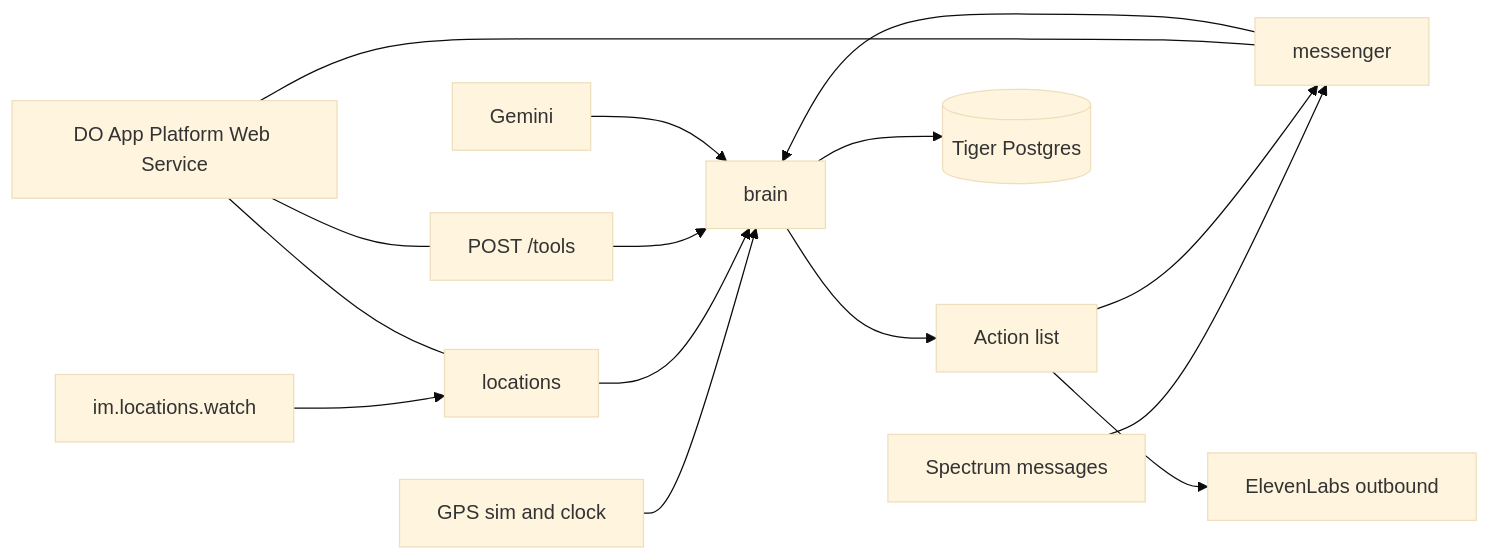
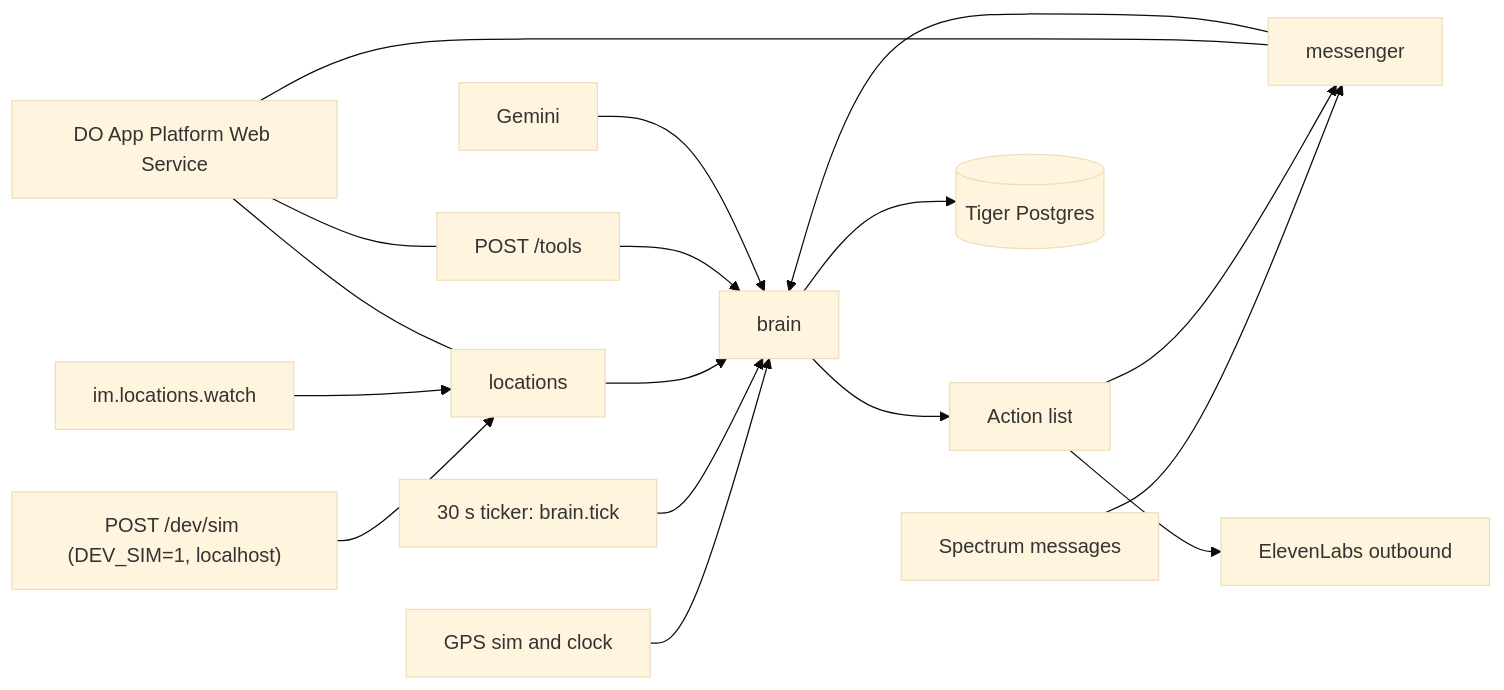
Before and after one commit to jcc-kh/nook: the first of 2 diagrams in CONTEXT.md, drawn with Mermaid (base theme). The commit also changed other lines of this file and 21 other files, not shown here.

````diff
--- a/CONTEXT.md
+++ b/CONTEXT.md
@@ -41,17 +43,19 @@
 ```mermaid
 flowchart LR
   sim[GPS sim and clock] --> brain
+  devSim["POST /dev/sim (DEV_SIM=1, localhost)"] --> locations
+  ticker["30 s ticker: brain.tick"] --> brain
   photonMsg[Spectrum messages] --> messenger
   findMy[im.locations.watch] --> locations
   messenger --> brain
   locations --> brain
   voiceTools[POST /tools] --> brain
   brain --> actions[Action list]
   actions --> messenger
   actions --> voice[ElevenLabs outbound]
   brain --> tiger[(Tiger Postgres)]
   llm[Gemini] --> brain
   doApp[DO App Platform Web Service] --- messenger
   doApp --- locations
   doApp --- voiceTools
 ```
````
